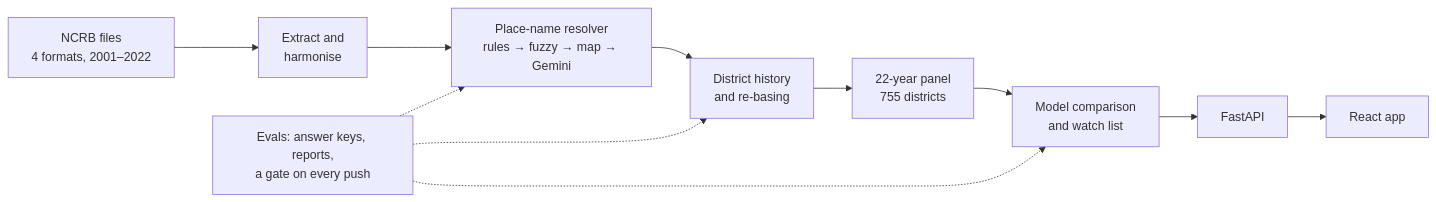
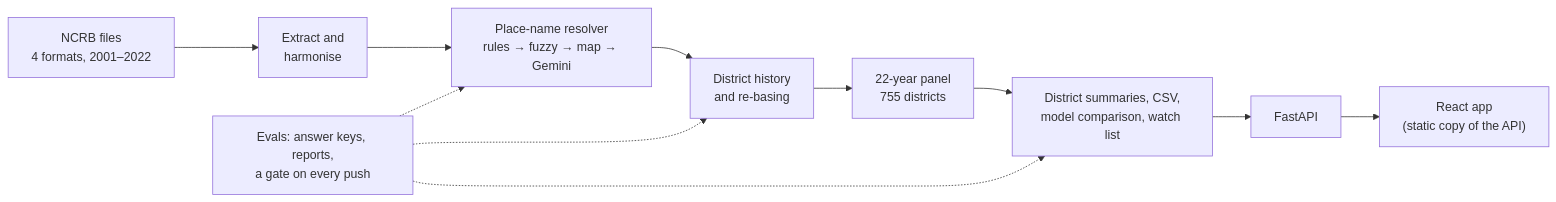
One commit to Sanchit-Ras/women-safety-ml-system changed the diagram in README.md. Above: the diagram before and after it, drawn with Mermaid. The commit also changed other lines of this file and 57 other files, not shown here.

````diff
--- a/README.md
+++ b/README.md
@@ -44,12 +49,12 @@
 ```mermaid
 flowchart LR
   A["NCRB files<br/>4 formats, 2001–2022"] --> B["Extract and<br/>harmonise"]
   B --> C["Place-name resolver<br/>rules → fuzzy → map → Gemini"]
   C --> D["District history<br/>and re-basing"]
   D --> E["22-year panel<br/>755 districts"]
-  E --> F["Model comparison<br/>and watch list"]
-  F --> G["FastAPI"] --> H["React app"]
+  E --> F["District summaries, CSV,<br/>model comparison, watch list"]
+  F --> G["FastAPI"] --> H["React app<br/>(static copy of the API)"]
   X["Evals: answer keys, reports,<br/>a gate on every push"] -.-> C
   X -.-> D
   X -.-> F
 ```
````
